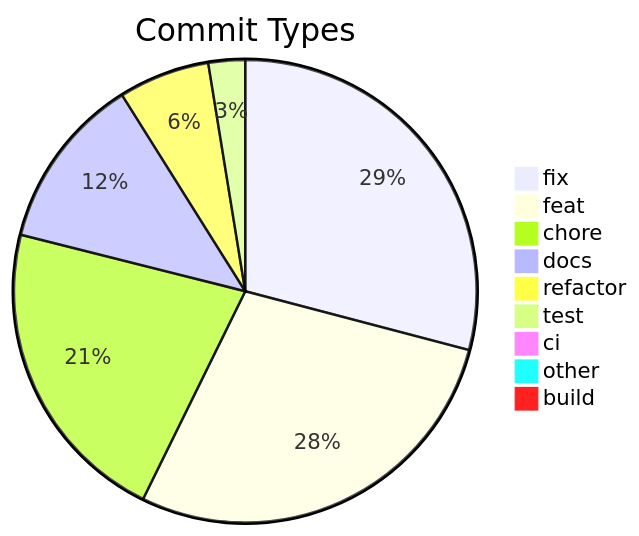
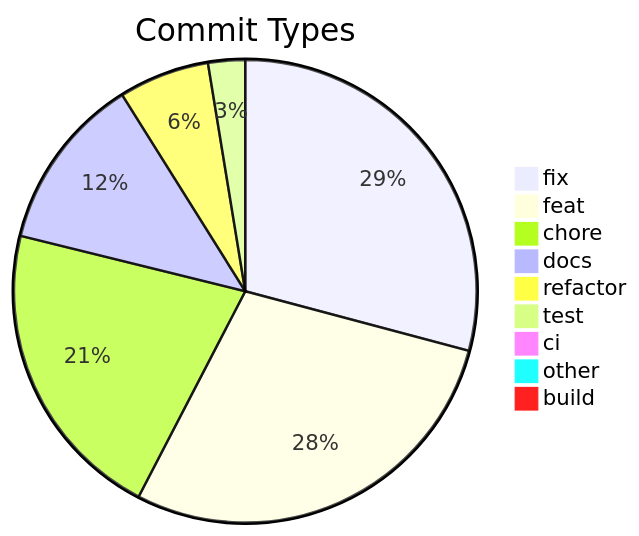
The diagram in .shipwright/compliance/change-history.md (svenroth-ai/shipwright), drawn with Mermaid before and after one commit. The commit also changed other lines of this file and 37 other files, not shown here.

````diff
--- a/.shipwright/compliance/change-history.md
+++ b/.shipwright/compliance/change-history.md
@@ -10,12 +10,12 @@
 ```mermaid
 pie title Commit Types
-    "fix" : 352
-    "feat" : 341
-    "chore" : 262
+    "fix" : 350
+    "feat" : 342
+    "chore" : 255
     "docs" : 147
-    "refactor" : 77
+    "refactor" : 76
     "test" : 31
     "ci" : 11
     "other" : 9
     "build" : 1
 ```
````
